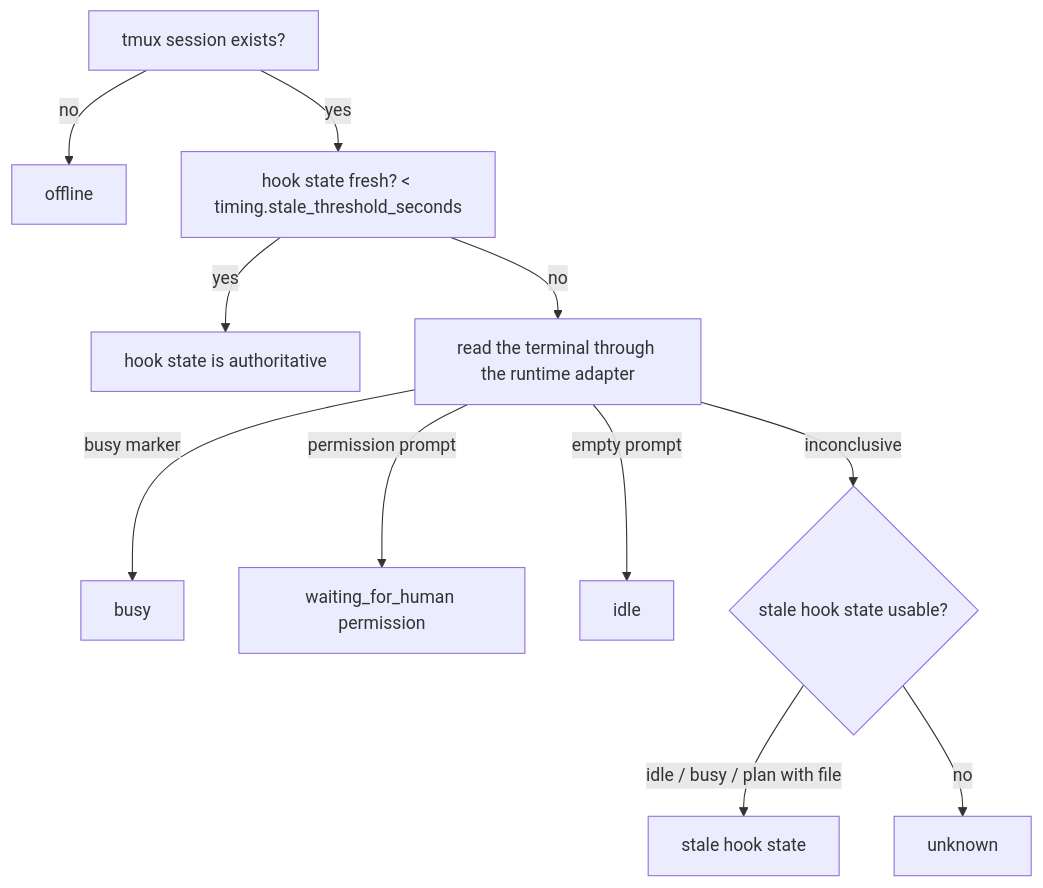
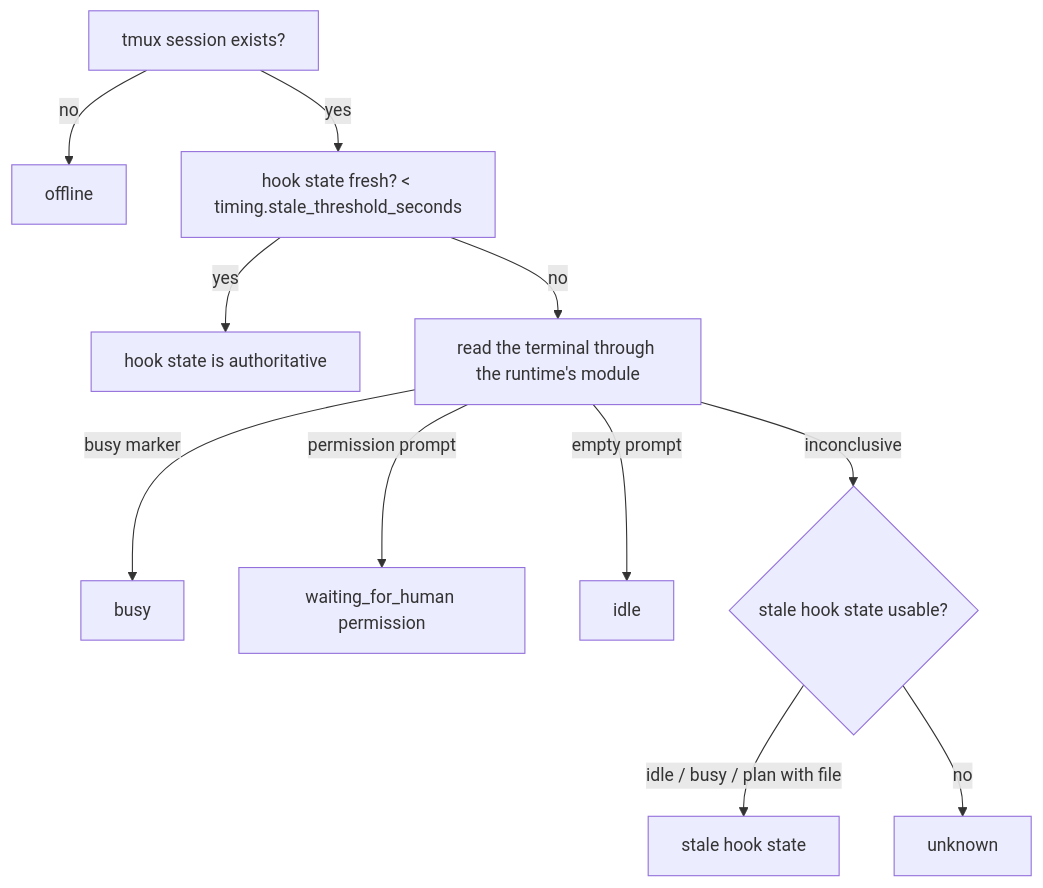
One commit to eandualem/agent-backbone changed the first of 3 diagrams in docs/how-it-works.md. Above: the diagram before and after it, drawn with Mermaid. The commit also changed other lines of this file and 12 other files, not shown here.

````diff
--- a/docs/how-it-works.md
+++ b/docs/how-it-works.md
@@ -49,13 +49,13 @@
 ```mermaid
 flowchart TD
     A[tmux session exists?] -->|no| OFF[offline]
     A -->|yes| B[hook state fresh? < timing.stale_threshold_seconds]
     B -->|yes| C[hook state is authoritative]
-    B -->|no| D[read the terminal through the runtime adapter]
+    B -->|no| D[read the terminal through the runtime's module]
     D -->|busy marker| BUSY[busy]
     D -->|permission prompt| WFH[waiting_for_human permission]
     D -->|empty prompt| IDLE[idle]
     D -->|inconclusive| E{stale hook state usable?}
     E -->|idle / busy / plan with file| F[stale hook state]
     E -->|no| UNK[unknown]
 ```
````
